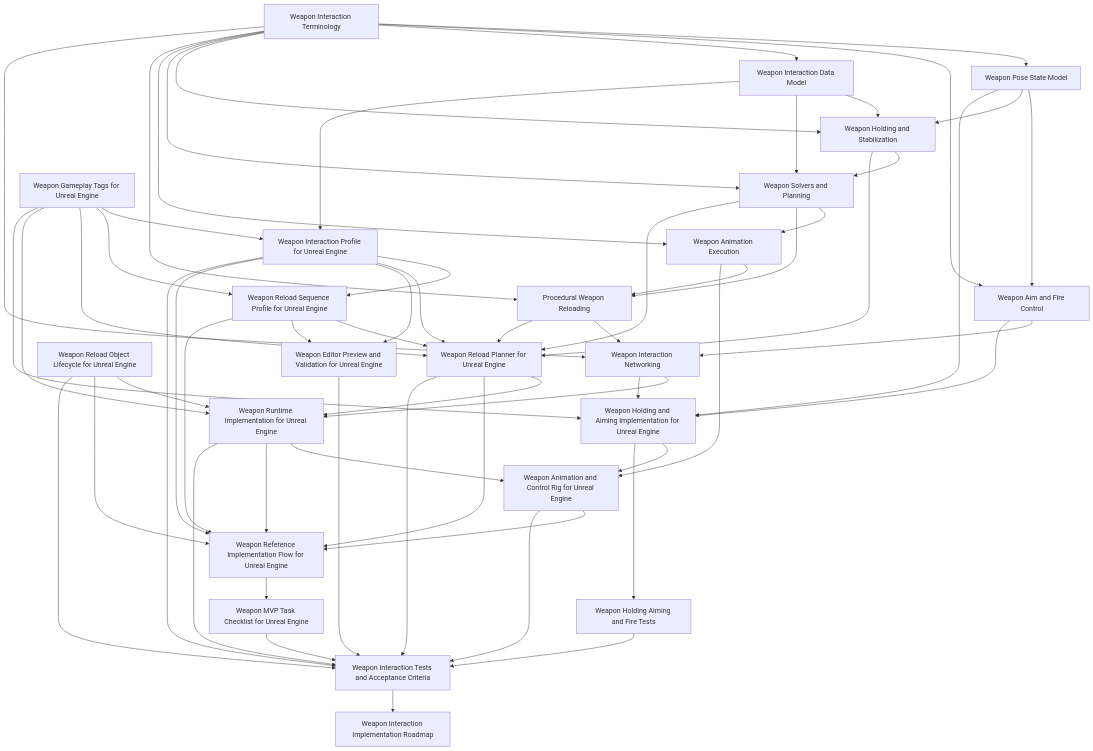
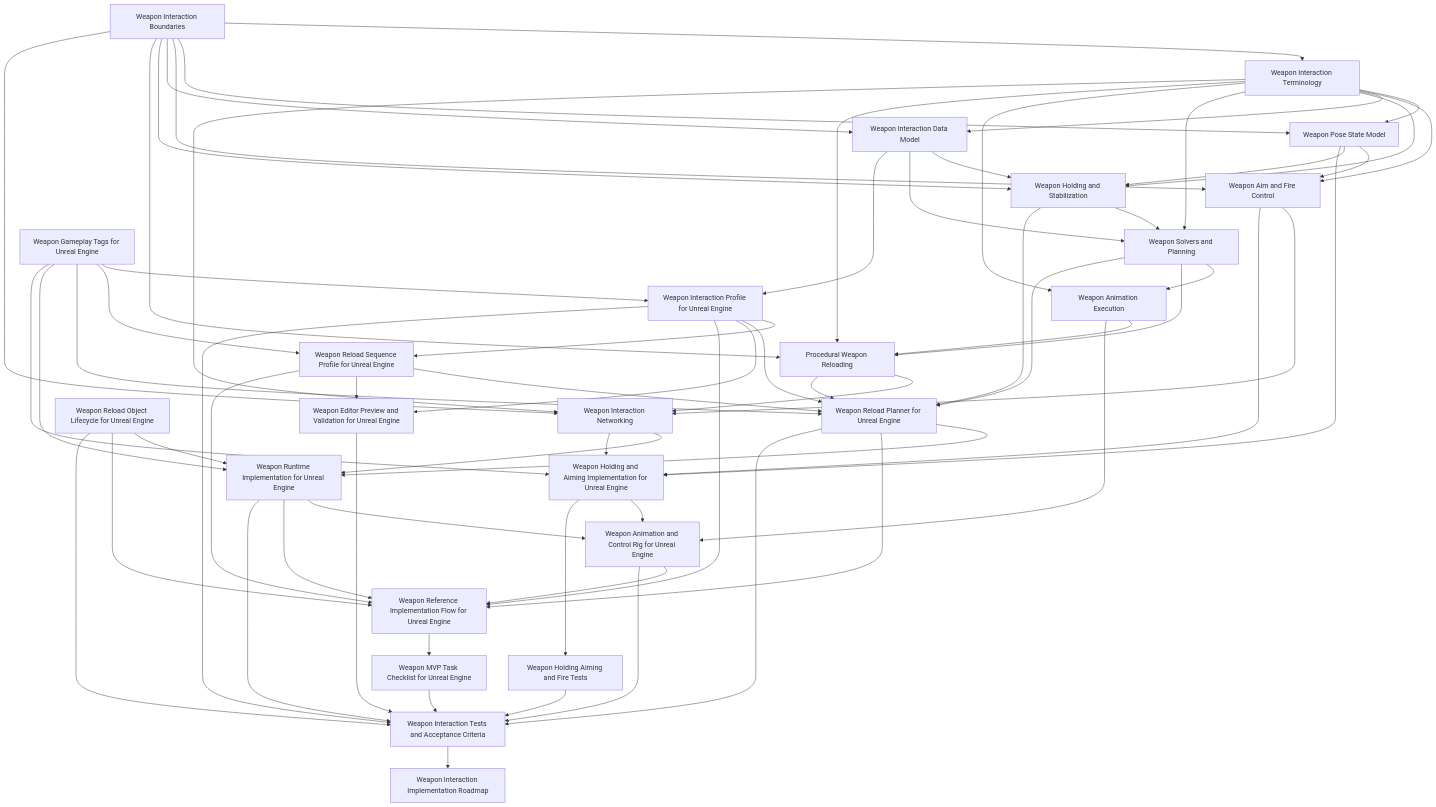
One commit to o-codify/HumanLocomotionSpecificationDocs changed the diagram in docs/12-weapon-interaction/index.md. Above: the diagram before and after it, drawn with Mermaid. The commit also changed other lines of this file, not shown here.

Commit message:
Add weapon interaction boundaries to section index

````diff
--- a/docs/12-weapon-interaction/index.md
+++ b/docs/12-weapon-interaction/index.md
@@ -183,5 +180,6 @@
 ```mermaid
 flowchart TD
+    Boundaries[Weapon Interaction Boundaries]
     Terms[Weapon Interaction Terminology]
     Pose[Weapon Pose State Model]
     AimFire[Weapon Aim and Fire Control]
@@ -205,6 +203,14 @@
     AimTests[Weapon Holding Aiming and Fire Tests]
     Tests[Weapon Interaction Tests and Acceptance Criteria]
     Roadmap[Weapon Interaction Implementation Roadmap]
+
+    Boundaries --> Terms
+    Boundaries --> Pose
+    Boundaries --> AimFire
+    Boundaries --> Data
+    Boundaries --> Holding
+    Boundaries --> Reload
+    Boundaries --> Net
 
     Terms --> Pose
     Terms --> AimFire
````
